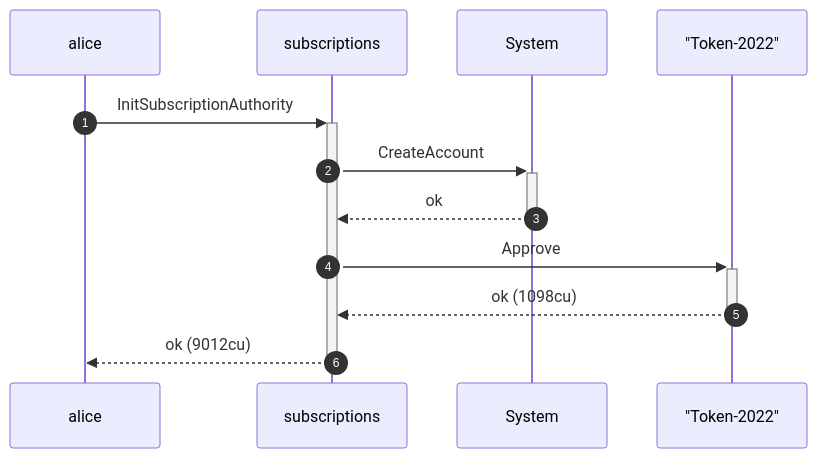
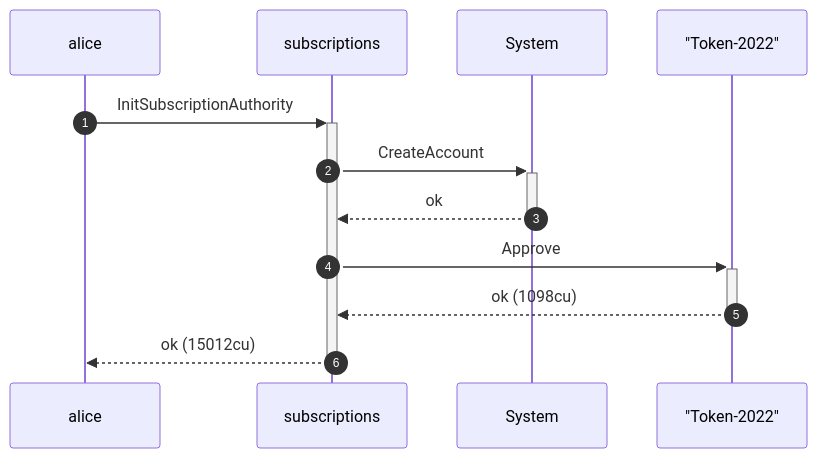
The second of 12 diagrams in dsl_tests/recurring-transfer-over-a-token-2022-unconfigured-transfer-hook-mint.md (cds-rs/subscriptions), drawn with Mermaid before and after one commit. The commit also changed other lines of this file and 224 other files, not shown here.

````diff
--- a/dsl_tests/recurring-transfer-over-a-token-2022-unconfigured-transfer-hook-mint.md
+++ b/dsl_tests/recurring-transfer-over-a-token-2022-unconfigured-transfer-hook-mint.md
@@ -38,14 +39,14 @@
 ```mermaid
 sequenceDiagram
     autonumber
     participant alice
     participant subscriptions
     participant System
     participant Token_2022 as "Token-2022"
     alice ->>+ subscriptions: InitSubscriptionAuthority
     subscriptions ->>+ System: CreateAccount
     System -->>- subscriptions: ok
     subscriptions ->>+ Token_2022: Approve
     Token_2022 -->>- subscriptions: ok (1098cu)
-    subscriptions -->>- alice: ok (9012cu)
+    subscriptions -->>- alice: ok (15012cu)
 ```
````
